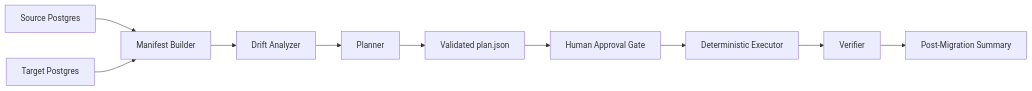
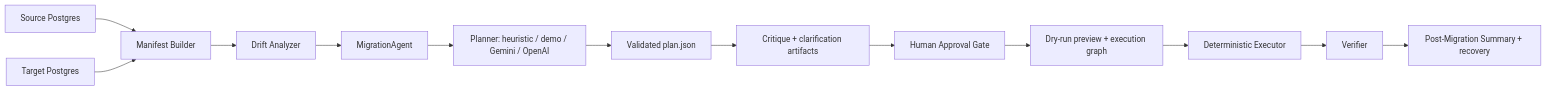
Before and after one commit to atulk1000/agentic-db-migrator: the diagram in README.md, drawn with Mermaid. The commit also changed other lines of this file and 5 other files, not shown here.

Commit message:
Add explicit migration agent runtime

````diff
--- a/README.md
+++ b/README.md
@@ -14,12 +17,15 @@
 ```mermaid
 flowchart LR
     A["Source Postgres"] --> B["Manifest Builder"]
     C["Target Postgres"] --> B
     B --> D["Drift Analyzer"]
-    D --> E["Planner"]
-    E --> F["Validated plan.json"]
-    F --> G["Human Approval Gate"]
-    G --> H["Deterministic Executor"]
-    H --> I["Verifier"]
-    I --> J["Post-Migration Summary"]
+    D --> E["MigrationAgent"]
+    E --> F["Planner: heuristic / demo / Gemini / OpenAI"]
+    F --> G["Validated plan.json"]
+    G --> H["Critique + clarification artifacts"]
+    H --> I["Human Approval Gate"]
+    I --> J["Dry-run preview + execution graph"]
+    J --> K["Deterministic Executor"]
+    K --> L["Verifier"]
+    L --> M["Post-Migration Summary + recovery"]
 ```
````
